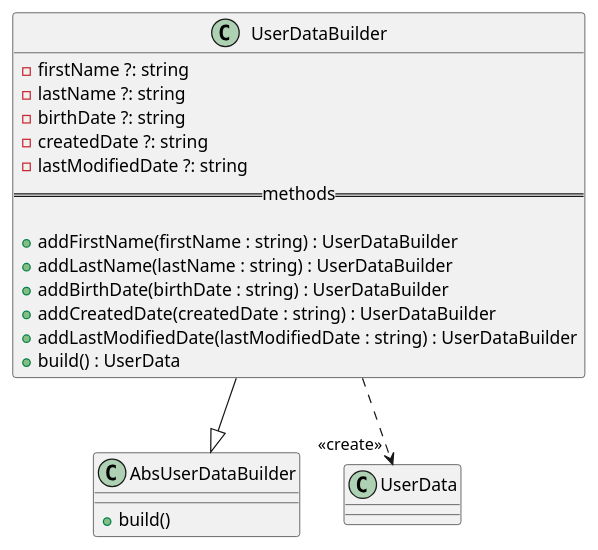
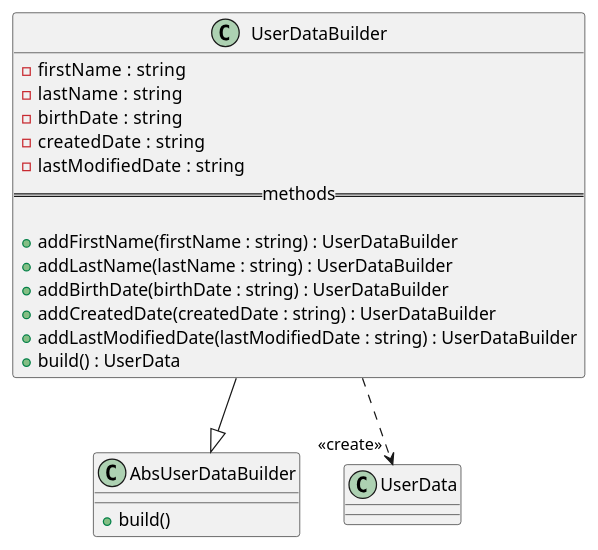
The diagram in docs/diagrams/classes/User/UserDataBuilder.pu (GruppOne/stalker-web-app), drawn with PlantUML before and after one commit. The commit also changed 26 other files, not shown here.

Commit message:
docs: fix class diagrams and add design-pattern diagrams

```diff
--- a/docs/diagrams/classes/User/UserDataBuilder.pu
+++ b/docs/diagrams/classes/User/UserDataBuilder.pu
@@ -1,24 +1,24 @@
 @startuml UserDataBuilder Diagram
 
 class AbsUserDataBuilder {
     + build()
 }
 class UserDataBuilder {
-  - firstName ?: string
-  - lastName ?: string
-  - birthDate ?: string
-  - createdDate ?: string
-  - lastModifiedDate ?: string
+  - firstName  : string
+  - lastName  : string
+  - birthDate  : string
+  - createdDate  : string
+  - lastModifiedDate  : string
   ==methods==
 
   + addFirstName(firstName : string) : UserDataBuilder
   + addLastName(lastName : string) : UserDataBuilder
   + addBirthDate(birthDate : string) : UserDataBuilder
   + addCreatedDate(createdDate : string) : UserDataBuilder
   + addLastModifiedDate(lastModifiedDate : string) : UserDataBuilder
   + build() : UserData
 }
 
 UserDataBuilder ..> "<<create>>" UserData
 UserDataBuilder --|> AbsUserDataBuilder
 @enduml
```
